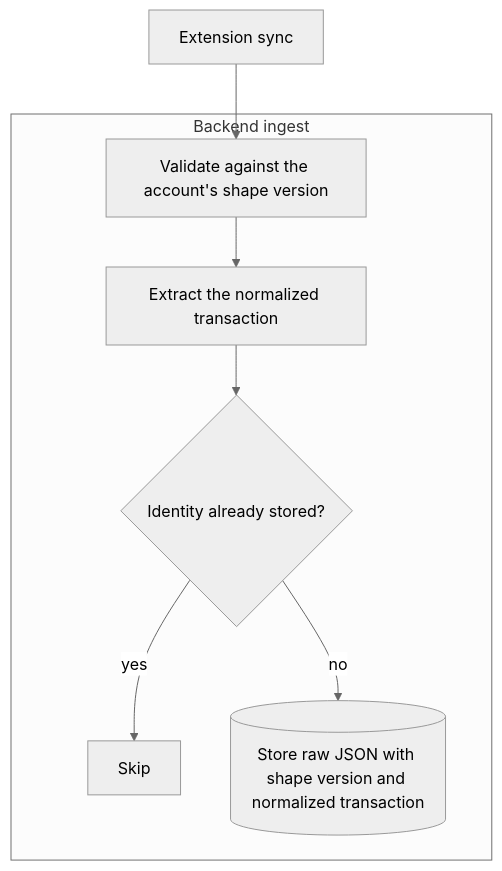
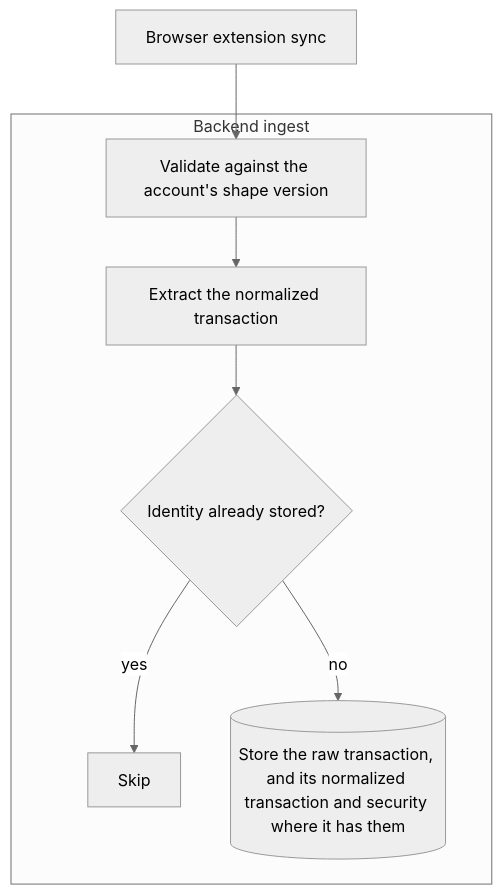
Before and after one commit to lennartmoeller/finance-tracker: the second of 5 diagrams in docs/architecture.md, drawn with Mermaid (neutral theme). The commit also changed other lines of this file and 122 other files, not shown here.

````diff
--- a/docs/architecture.md
+++ b/docs/architecture.md
@@ -67,10 +61,10 @@
 ```mermaid
 flowchart TD
-  extsync["Extension sync"] --> validate
+  extsync["Browser extension sync"] --> validate
   subgraph ingest["Backend ingest"]
     validate["Validate against the account's shape version"] --> extract["Extract the normalized transaction"]
     extract --> known{"Identity already stored?"}
     known -- "yes" --> skip["Skip"]
-    known -- "no" --> store[("Store raw JSON with shape version and normalized transaction")]
+    known -- "no" --> store[("Store the raw transaction, and its normalized transaction and security where it has them")]
   end
 ```
````
